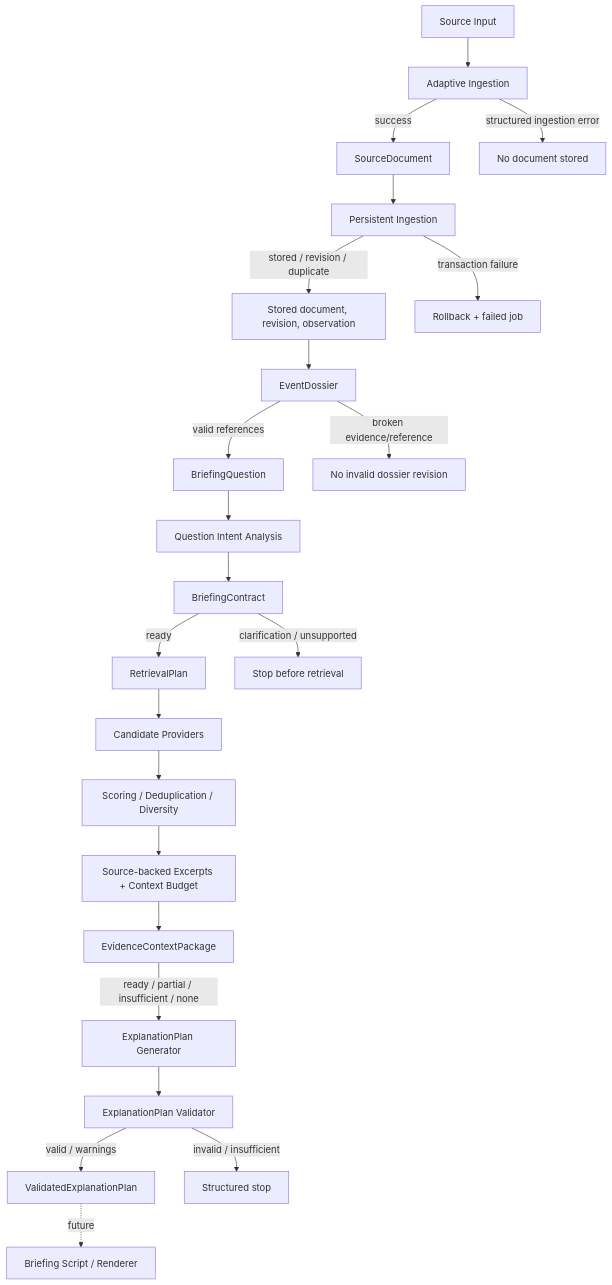
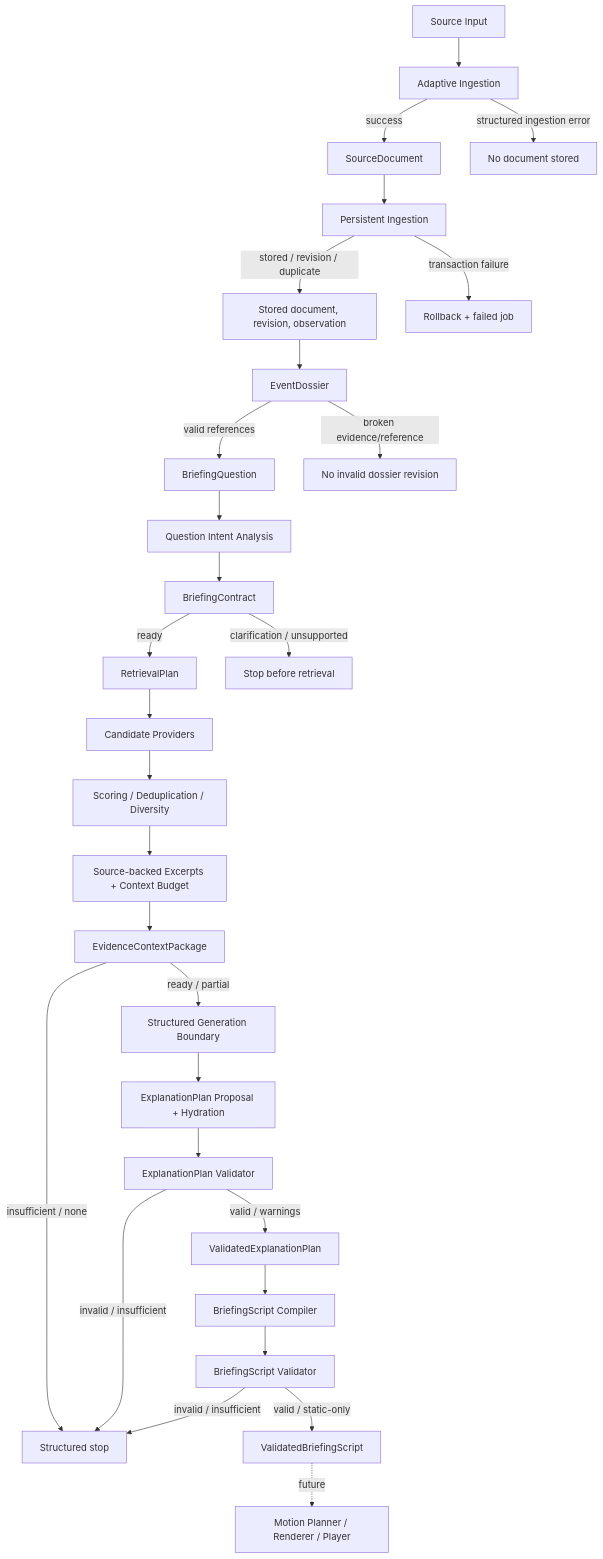
Before and after one commit to cooly12241113-glitch/world-news-ai: the diagram in docs/architecture/End-to-End-Data-Flow.md, drawn with Mermaid. The commit also changed other lines of this file and 18 other files, not shown here.

````diff
--- a/docs/architecture/End-to-End-Data-Flow.md
+++ b/docs/architecture/End-to-End-Data-Flow.md
@@ -3,25 +3,31 @@
 ```mermaid
 flowchart TD
   S["Source Input"] --> I["Adaptive Ingestion"]
   I -->|success| D["SourceDocument"]
   I -->|structured ingestion error| IF["No document stored"]
   D --> P["Persistent Ingestion"]
   P -->|stored / revision / duplicate| R["Stored document, revision, observation"]
   P -->|transaction failure| PF["Rollback + failed job"]
   R --> E["EventDossier"]
   E -->|valid references| Q["BriefingQuestion"]
   E -->|broken evidence/reference| EF["No invalid dossier revision"]
   Q --> A["Question Intent Analysis"]
   A --> C["BriefingContract"]
   C -->|ready| RP["RetrievalPlan"]
   C -->|clarification / unsupported| CF["Stop before retrieval"]
   RP --> CP["Candidate Providers"]
   CP --> SD["Scoring / Deduplication / Diversity"]
   SD --> X["Source-backed Excerpts + Context Budget"]
   X --> EC["EvidenceContextPackage"]
-  EC -->|ready / partial / insufficient / none| EP["ExplanationPlan Generator"]
+  EC -->|ready / partial| GP["Structured Generation Boundary"]
+  EC -->|insufficient / none| ES["Structured stop"]
+  GP --> EP["ExplanationPlan Proposal + Hydration"]
   EP --> EV["ExplanationPlan Validator"]
   EV -->|valid / warnings| VP["ValidatedExplanationPlan"]
   EV -->|invalid / insufficient| ES["Structured stop"]
-  VP -. future .-> F["Briefing Script / Renderer"]
+  VP --> SC["BriefingScript Compiler"]
+  SC --> SV["BriefingScript Validator"]
+  SV -->|valid / static-only| VS["ValidatedBriefingScript"]
+  SV -->|invalid / insufficient| ES
+  VS -. future .-> F["Motion Planner / Renderer / Player"]
 ```
````
